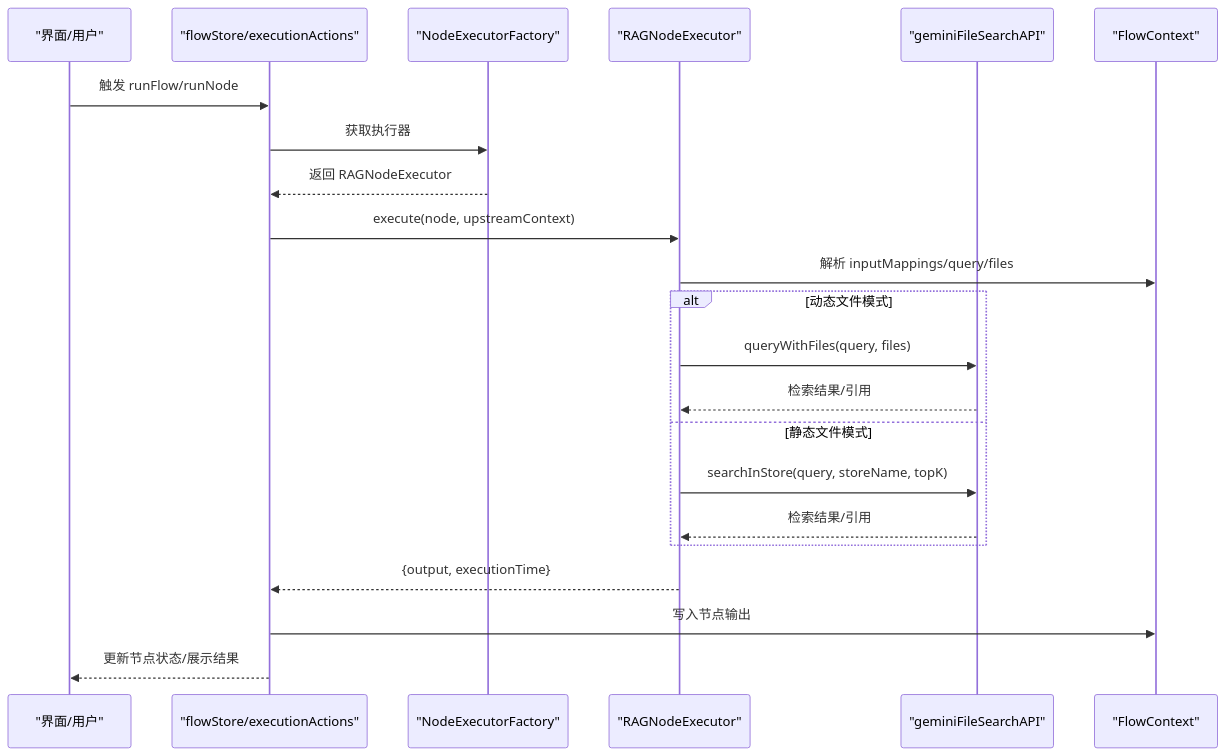
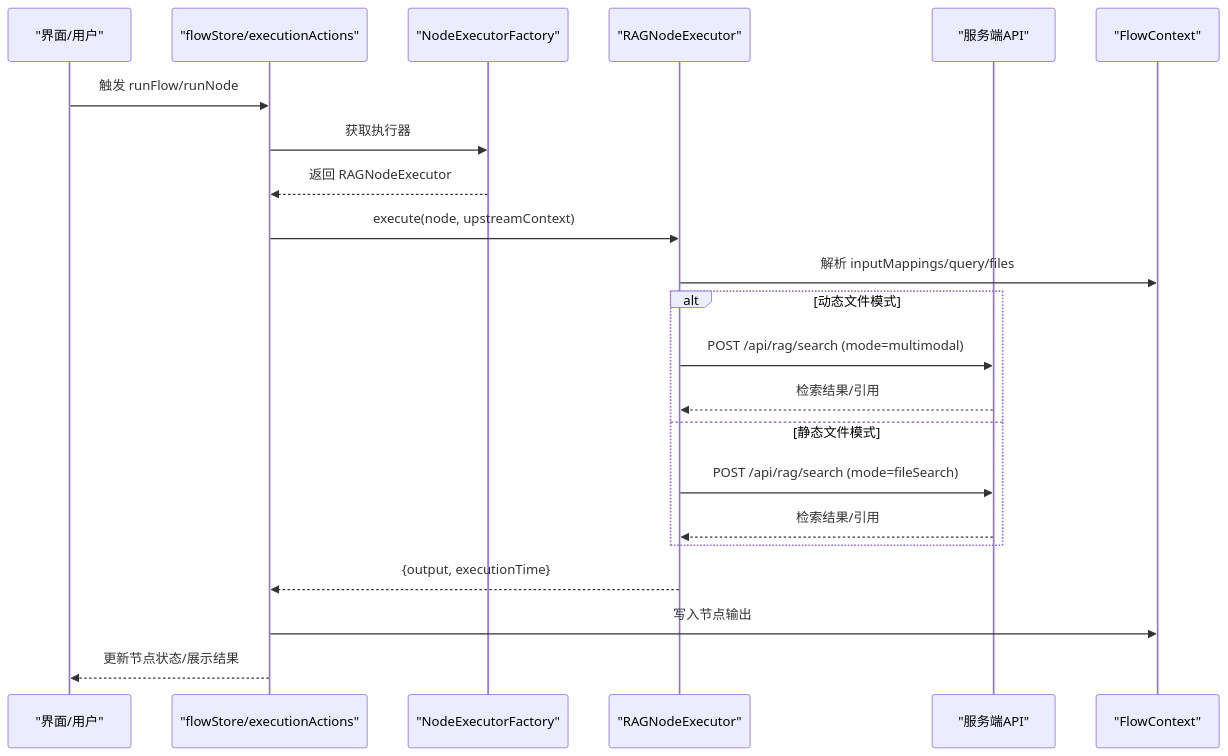
The second of 7 diagrams in .qoder/repowiki/zh/content/核心功能详解/模块化执行器架构/RAGNodeExecutor 增强.md (JasperLin2333/Flash-Flow), drawn with Mermaid before and after one commit. The commit also changed other lines of this file and 12 other files, not shown here.

````diff
--- a/.qoder/repowiki/zh/content/核心功能详解/模块化执行器架构/RAGNodeExecutor 增强.md
+++ b/.qoder/repowiki/zh/content/核心功能详解/模块化执行器架构/RAGNodeExecutor 增强.md
@@ -130,24 +129,24 @@
 ```mermaid
 sequenceDiagram
 participant UI as "界面/用户"
 participant Store as "flowStore/executionActions"
 participant Factory as "NodeExecutorFactory"
 participant Exec as "RAGNodeExecutor"
-participant API as "geminiFileSearchAPI"
+participant API as "服务端API"
 participant Ctx as "FlowContext"
 UI->>Store : 触发 runFlow/runNode
 Store->>Factory : 获取执行器
 Factory-->>Store : 返回 RAGNodeExecutor
 Store->>Exec : execute(node, upstreamContext)
 Exec->>Ctx : 解析 inputMappings/query/files
 alt 动态文件模式
-Exec->>API : queryWithFiles(query, files)
+Exec->>API : POST /api/rag/search (mode=multimodal)
 API-->>Exec : 检索结果/引用
 else 静态文件模式
-Exec->>API : searchInStore(query, storeName, topK)
+Exec->>API : POST /api/rag/search (mode=fileSearch)
 API-->>Exec : 检索结果/引用
 end
 Exec-->>Store : {output, executionTime}
 Store->>Ctx : 写入节点输出
 Store-->>UI : 更新节点状态/展示结果
 ```
````
